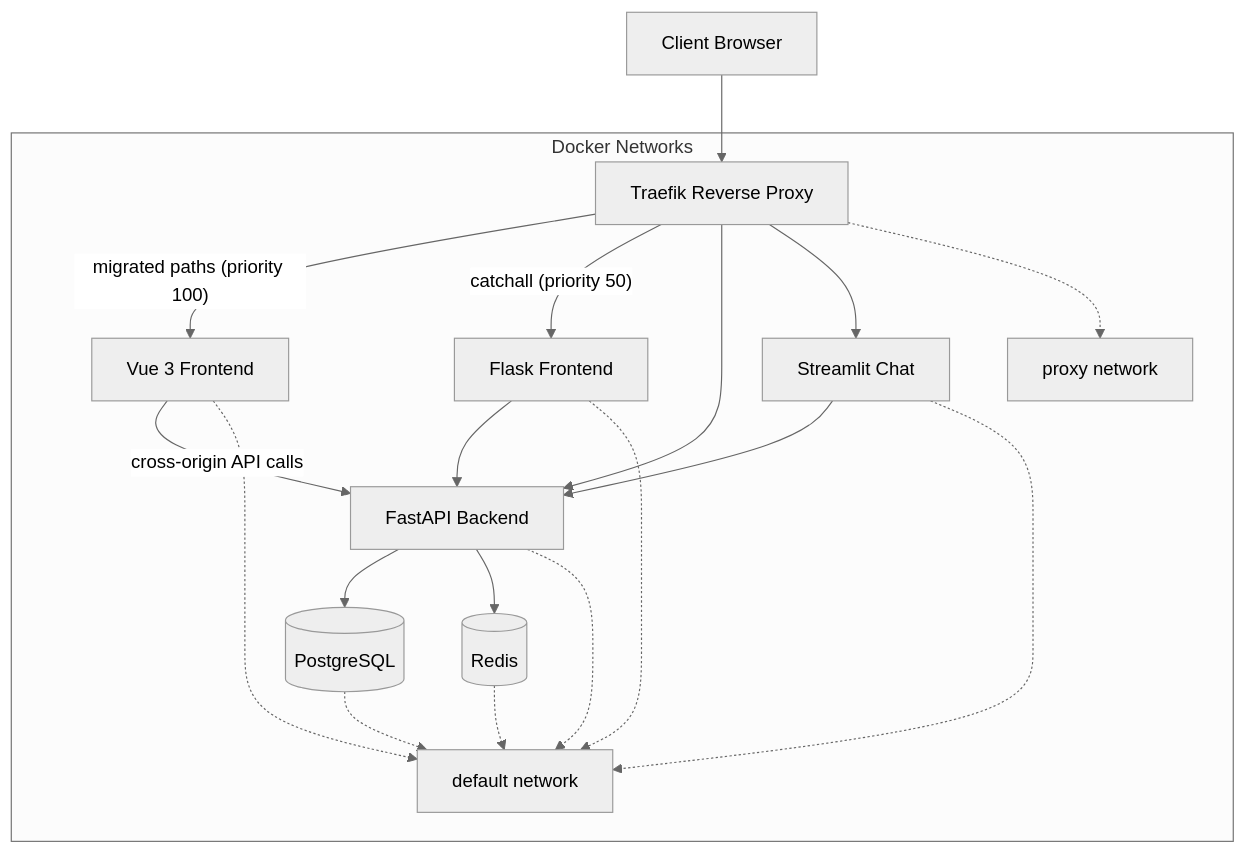
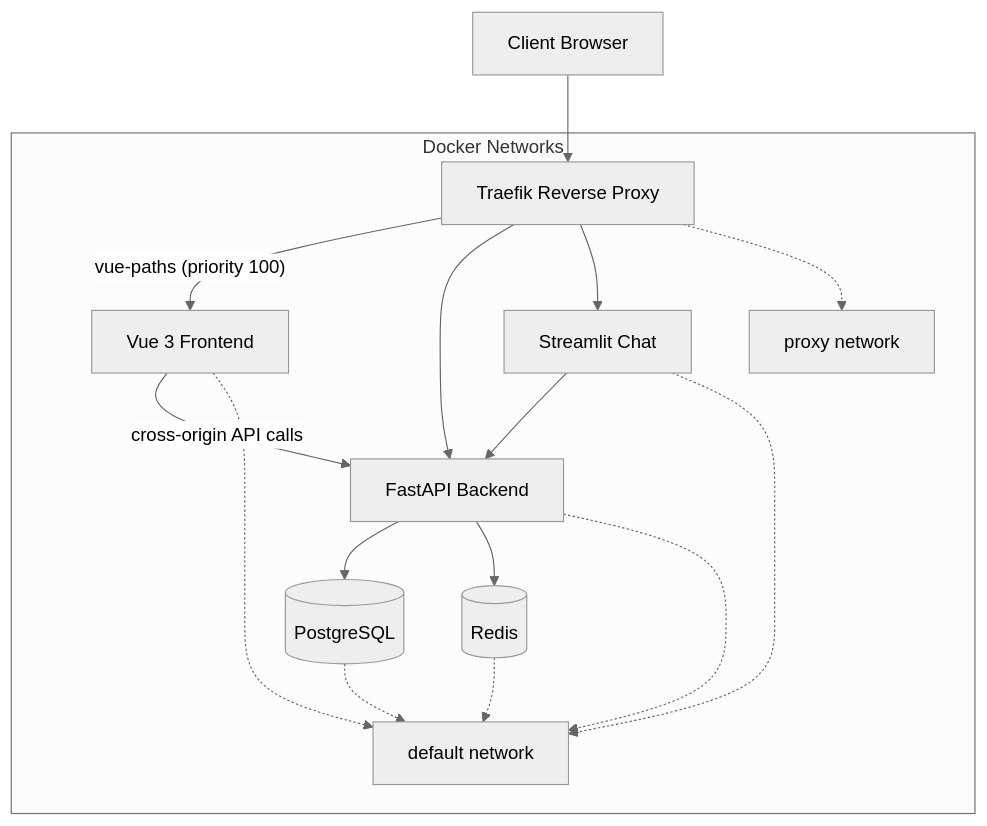
The diagram in docs/traefik-deployment.md (datapointchris/ichrisbirch), drawn with Mermaid (neutral theme) before and after one commit. The commit also changed other lines of this file and 25 other files, not shown here.

````diff
--- a/docs/traefik-deployment.md
+++ b/docs/traefik-deployment.md
@@ -118,23 +112,20 @@
 ```mermaid
 graph TB
     Client[Client Browser] --> Traefik[Traefik Reverse Proxy]
-    Traefik -->|"migrated paths (priority 100)"| VUE[Vue 3 Frontend]
-    Traefik -->|"catchall (priority 50)"| APP[Flask Frontend]
+    Traefik -->|"vue-paths (priority 100)"| VUE[Vue 3 Frontend]
     Traefik --> API[FastAPI Backend]
     Traefik --> CHAT[Streamlit Chat]
     VUE -->|"cross-origin API calls"| API
     API --> DB[(PostgreSQL)]
     API --> CACHE[(Redis)]
-    APP --> API
     CHAT --> API
 
     subgraph "Docker Networks"
         Traefik -.-> PROXY[proxy network]
         API -.-> DEFAULT[default network]
-        APP -.-> DEFAULT
         VUE -.-> DEFAULT
         CHAT -.-> DEFAULT
         DB -.-> DEFAULT
         CACHE -.-> DEFAULT
     end
 ```
````
